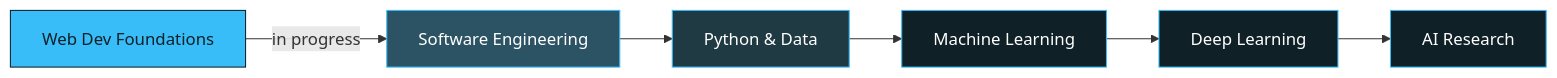
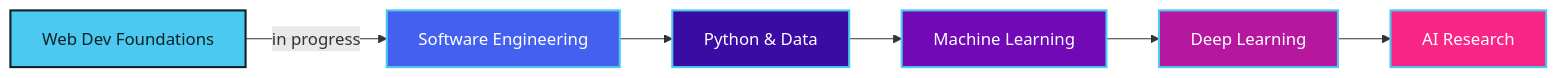
Before and after one commit to nischalnaharki/nischalnaharki: the diagram in README.md, drawn with Mermaid. The commit also changed other lines of this file, not shown here.

````diff
--- a/README.md
+++ b/README.md
@@ -78,15 +98,15 @@
 ```mermaid
 graph LR
     A[Web Dev Foundations] -->|in progress| B[Software Engineering]
     B --> C[Python & Data]
     C --> D[Machine Learning]
     D --> E[Deep Learning]
     E --> F[AI Research]
 
-    style A fill:#38BDF8,stroke:#0f2027,color:#0f2027
-    style B fill:#2c5364,stroke:#38BDF8,color:#ffffff
-    style C fill:#203a43,stroke:#38BDF8,color:#ffffff
-    style D fill:#0f2027,stroke:#38BDF8,color:#ffffff
-    style E fill:#0f2027,stroke:#38BDF8,color:#ffffff
-    style F fill:#0f2027,stroke:#38BDF8,color:#ffffff
+    style A fill:#4CC9F0,stroke:#0f2027,color:#0f2027,stroke-width:2px
+    style B fill:#4361EE,stroke:#4CC9F0,color:#ffffff,stroke-width:2px
+    style C fill:#3A0CA3,stroke:#4CC9F0,color:#ffffff,stroke-width:2px
+    style D fill:#7209B7,stroke:#4CC9F0,color:#ffffff,stroke-width:2px
+    style E fill:#B5179E,stroke:#4CC9F0,color:#ffffff,stroke-width:2px
+    style F fill:#F72585,stroke:#4CC9F0,color:#ffffff,stroke-width:2px
 ```
````
